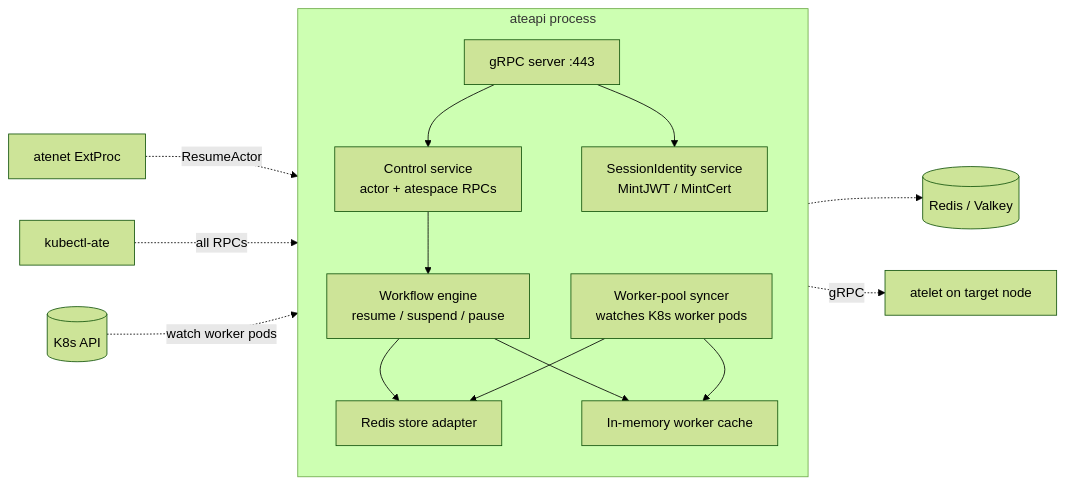
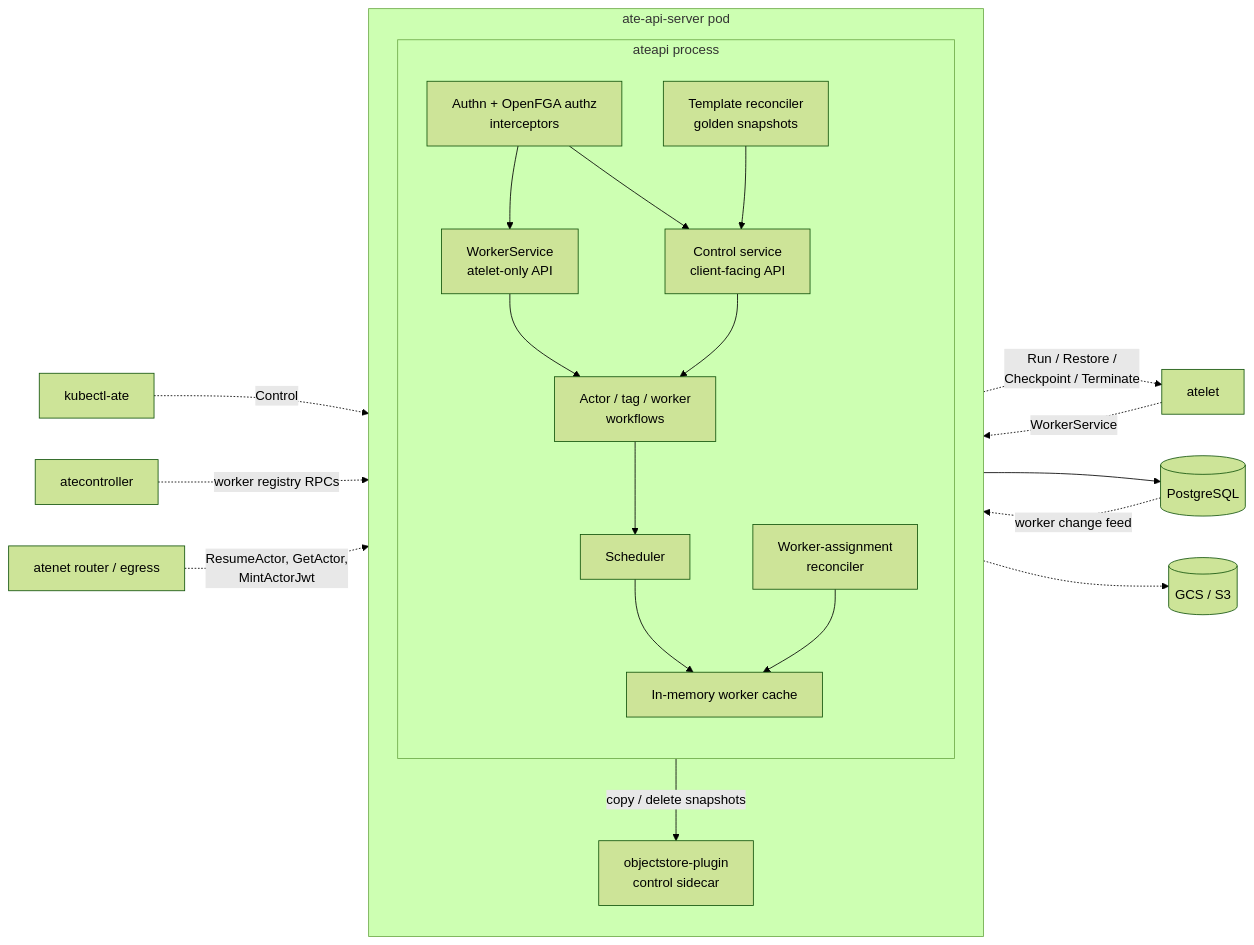
Before and after one commit to christian-posta/substrate: the first of 2 diagrams in atlas/src/content/docs/components/ateapi.mdx, drawn with Mermaid (forest theme). The commit also changed other lines of this file and 34 other files, not shown here.

````diff
--- a/atlas/src/content/docs/components/ateapi.mdx
+++ b/atlas/src/content/docs/components/ateapi.mdx
@@ -12,31 +19,43 @@
 ```mermaid
 flowchart LR
-  subgraph ateapi["ateapi process"]
+  subgraph POD["ate-api-server pod"]
     direction TB
-    GRPC[gRPC server :443]
-    CTL[Control service<br/>actor + atespace RPCs]
-    SID[SessionIdentity service<br/>MintJWT / MintCert]
-    WF[Workflow engine<br/>resume / suspend / pause]
-    SYNC[Worker-pool syncer<br/>watches K8s worker pods]
-    WCACHE[In-memory worker cache]
-    STORE[Redis store adapter]
+    subgraph ateapi["ateapi process"]
+      direction TB
+      AUTH[Authn + OpenFGA authz<br/>interceptors]
+      CTL[Control service<br/>client-facing API]
+      WS[WorkerService<br/>atelet-only API]
+      WF[Actor / tag / worker<br/>workflows]
+      TR[Template reconciler<br/>golden snapshots]
+      WAR[Worker-assignment<br/>reconciler]
+      SCHED[Scheduler]
+      WCACHE[In-memory worker cache]
+    end
+    PLUG[objectstore-plugin<br/>control sidecar]
   end
 
-  GRPC --> CTL
-  GRPC --> SID
+  AUTH --> CTL
+  AUTH --> WS
   CTL --> WF
-  WF --> STORE
-  WF --> WCACHE
-  SYNC --> STORE
-  SYNC --> WCACHE
+  WS --> WF
+  TR --> CTL
+  WF --> SCHED
+  SCHED --> WCACHE
+  WAR --> WCACHE
+  WF -- copy / delete snapshots --> PLUG
 
-  CLIENT[atenet ExtProc] -.->|ResumeActor| CTL
-  CLI[kubectl-ate] -.->|all RPCs| CTL
-  K8s[(K8s API)] -.->|watch worker pods| SYNC
-  STORE -.-> REDIS[(Redis / Valkey)]
-  WF -.->|gRPC| ATELET[atelet on target node]
+  CLI[kubectl-ate] -.->|Control| AUTH
+  CTRL[atecontroller] -.->|worker registry RPCs| AUTH
+  NET[atenet router / egress] -.->|ResumeActor, GetActor,<br/>MintActorJwt| AUTH
+  ATELET[atelet] -.->|WorkerService| AUTH
+  WF -.->|Run / Restore /<br/>Checkpoint / Terminate| ATELET
+  WF --> PG[(PostgreSQL)]
+  PG -. worker change feed .-> WCACHE
+  PLUG -.-> OBJ[(GCS / S3)]
 
   click ATELET "/components/atelet/" "atelet"
-  click CLIENT "/components/atenet/" "atenet"
-  click REDIS "/components/storage/" "Storage"
+  click NET "/components/atenet/" "atenet"
+  click CTRL "/components/atecontroller/" "atecontroller"
+  click PG "/components/storage/" "Storage"
+  click OBJ "/components/storage/" "Storage"
 ```
````
